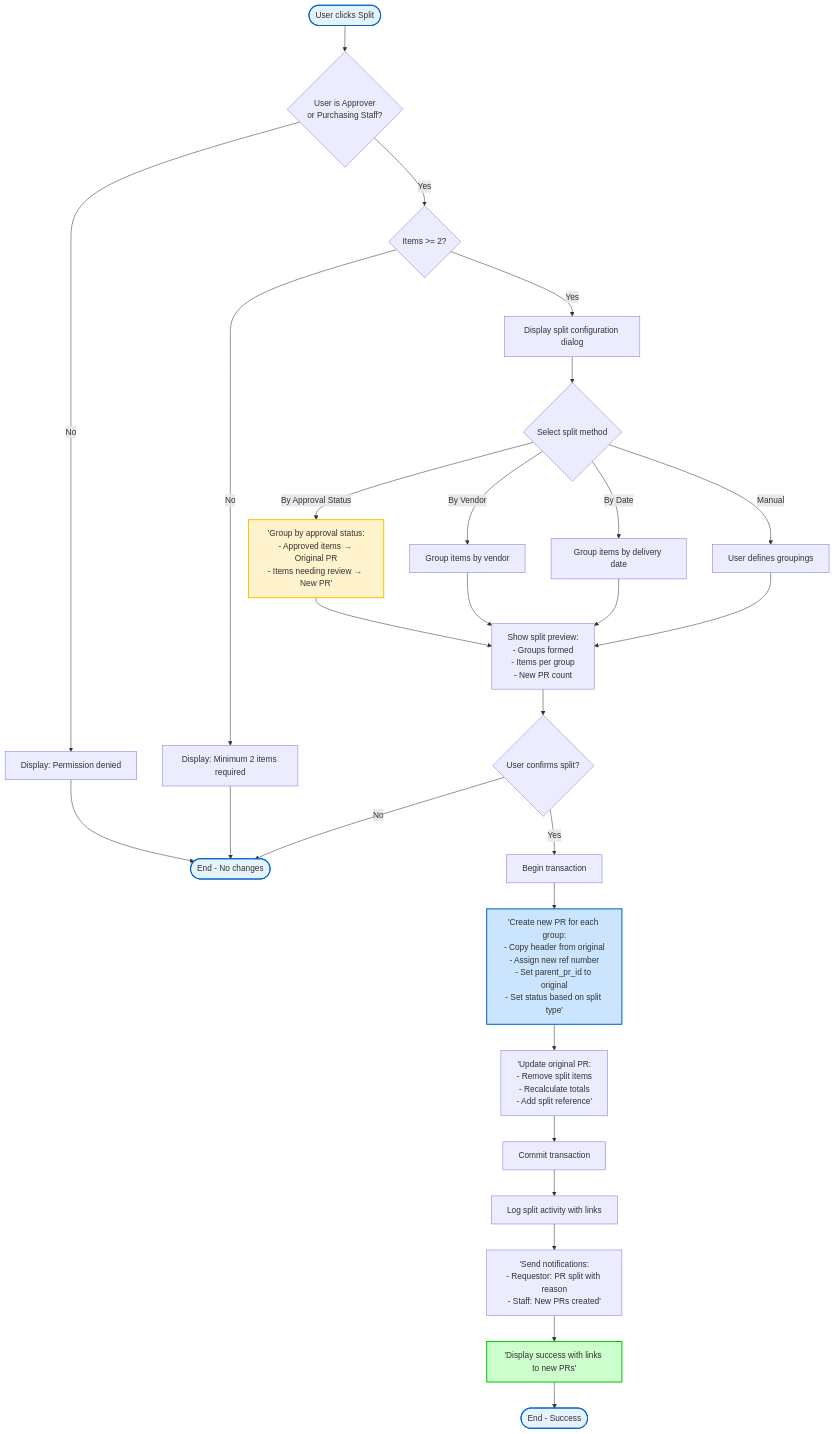
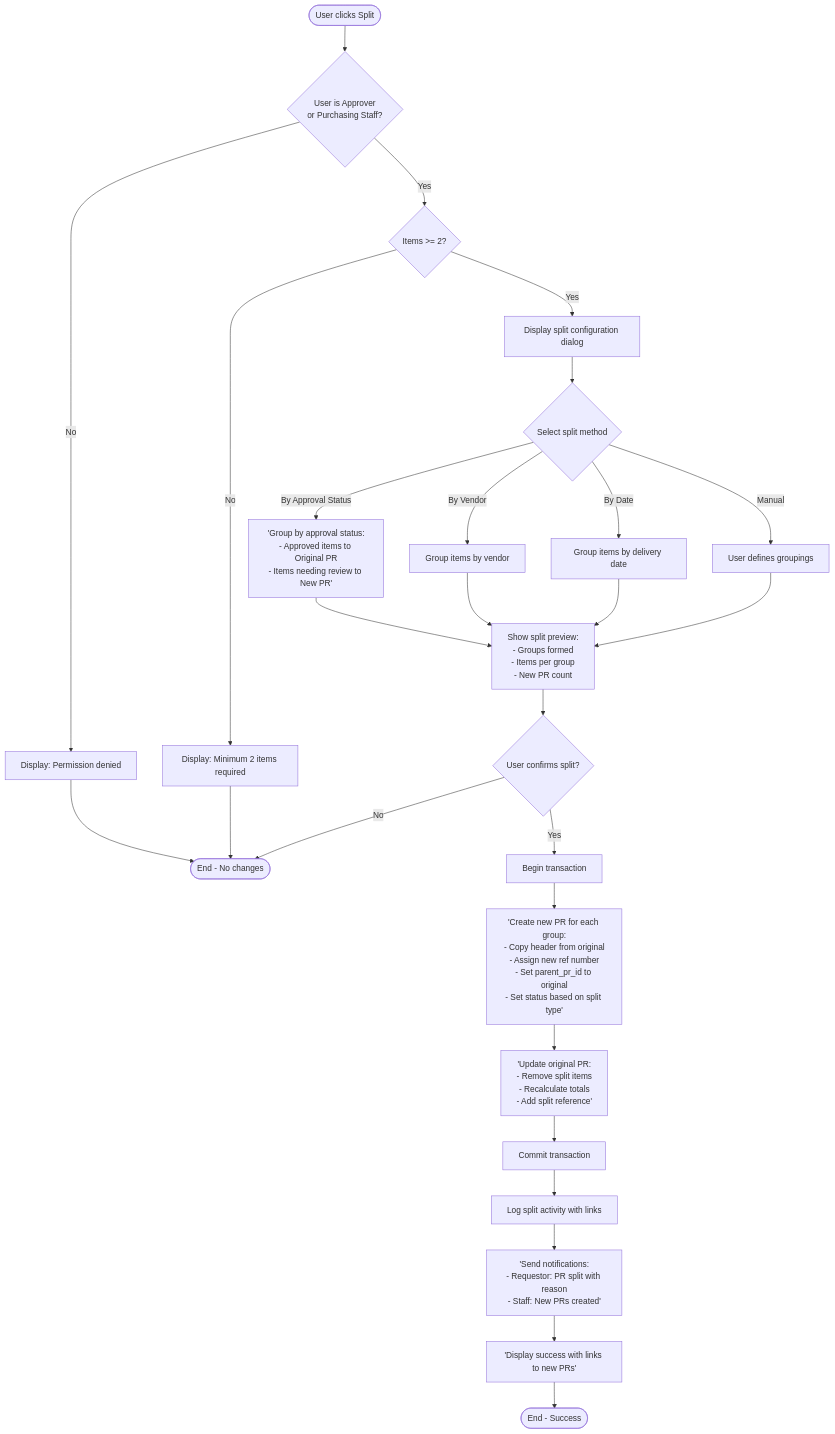
Before and after one commit to PeakMNA/carmen: diagram 15 of 60 in docs/app/procurement/purchase-requests/FD-purchase-requests.md, drawn with Mermaid. The commit also changed other lines of this file and 473 other files, not shown here.

````diff
--- a/docs/app/procurement/purchase-requests/FD-purchase-requests.md
+++ b/docs/app/procurement/purchase-requests/FD-purchase-requests.md
@@ -767,43 +754,36 @@
 ```mermaid
 flowchart TB
     Start([User clicks Split]) --> ValidateRole{User is Approver<br>or Purchasing Staff?}
     ValidateRole -->|No| ShowError1[Display: Permission denied]
     ValidateRole -->|Yes| CheckCount{Items >= 2?}
 
     CheckCount -->|No| ShowError2[Display: Minimum 2 items required]
     CheckCount -->|Yes| ShowDialog[Display split configuration dialog]
 
     ShowDialog --> SelectMethod{Select split method}
-    SelectMethod -->|By Approval Status| GroupStatus['Group by approval status:<br>- Approved items → Original PR<br>- Items needing review → New PR']
+    SelectMethod -->|By Approval Status| GroupStatus['Group by approval status:<br>- Approved items to Original PR<br>- Items needing review to New PR']
     SelectMethod -->|By Vendor| GroupVendor[Group items by vendor]
     SelectMethod -->|By Date| GroupDate[Group items by delivery date]
     SelectMethod -->|Manual| GroupManual[User defines groupings]
 
     GroupStatus --> ShowPreview[Show split preview:<br>- Groups formed<br>- Items per group<br>- New PR count]
     GroupVendor --> ShowPreview
     GroupDate --> ShowPreview
     GroupManual --> ShowPreview
 
     ShowPreview --> UserConfirm{User confirms split?}
     UserConfirm -->|No| End1([End - No changes])
     UserConfirm -->|Yes| BeginTx[Begin transaction]
 
     BeginTx --> CreateNewPRs['Create new PR for each group:<br>- Copy header from original<br>- Assign new ref number<br>- Set parent_pr_id to original<br>- Set status based on split type']
     CreateNewPRs --> UpdateOriginal['Update original PR:<br>- Remove split items<br>- Recalculate totals<br>- Add split reference']
     UpdateOriginal --> CommitTx[Commit transaction]
 
     CommitTx --> LogActivity[Log split activity with links]
     LogActivity --> SendNotify['Send notifications:<br>- Requestor: PR split with reason<br>- Staff: New PRs created']
     SendNotify --> ShowSuccess['Display success with links to new PRs']
     ShowSuccess --> End2([End - Success])
 
     ShowError1 --> End1
     ShowError2 --> End1
-
-    style Start fill:#e6f3ff,stroke:#0066cc,stroke-width:2px
-    style End1 fill:#e6f3ff,stroke:#0066cc,stroke-width:2px
-    style End2 fill:#e6f3ff,stroke:#0066cc,stroke-width:2px
-    style GroupStatus fill:#fff3cd,stroke:#ffc107,stroke-width:2px
-    style CreateNewPRs fill:#cce5ff,stroke:#0066cc,stroke-width:2px
-    style ShowSuccess fill:#ccffcc,stroke:#00cc00,stroke-width:2px
 ```
````
